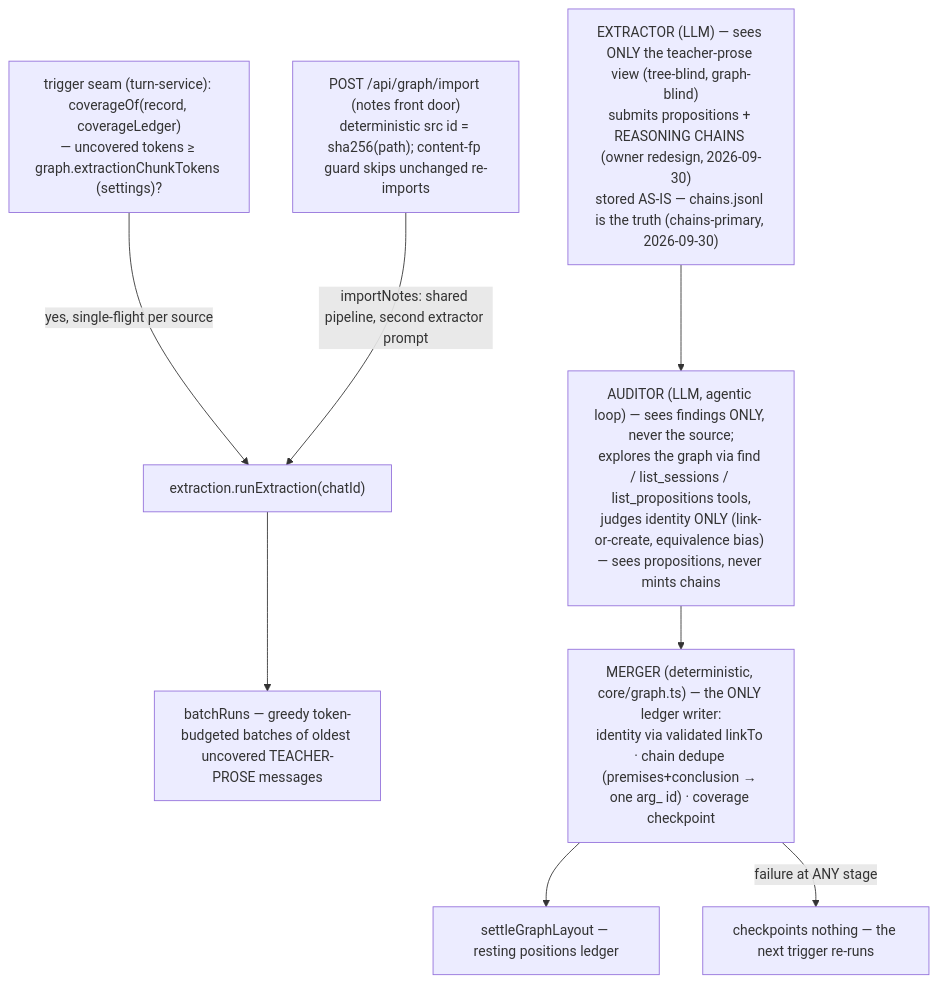
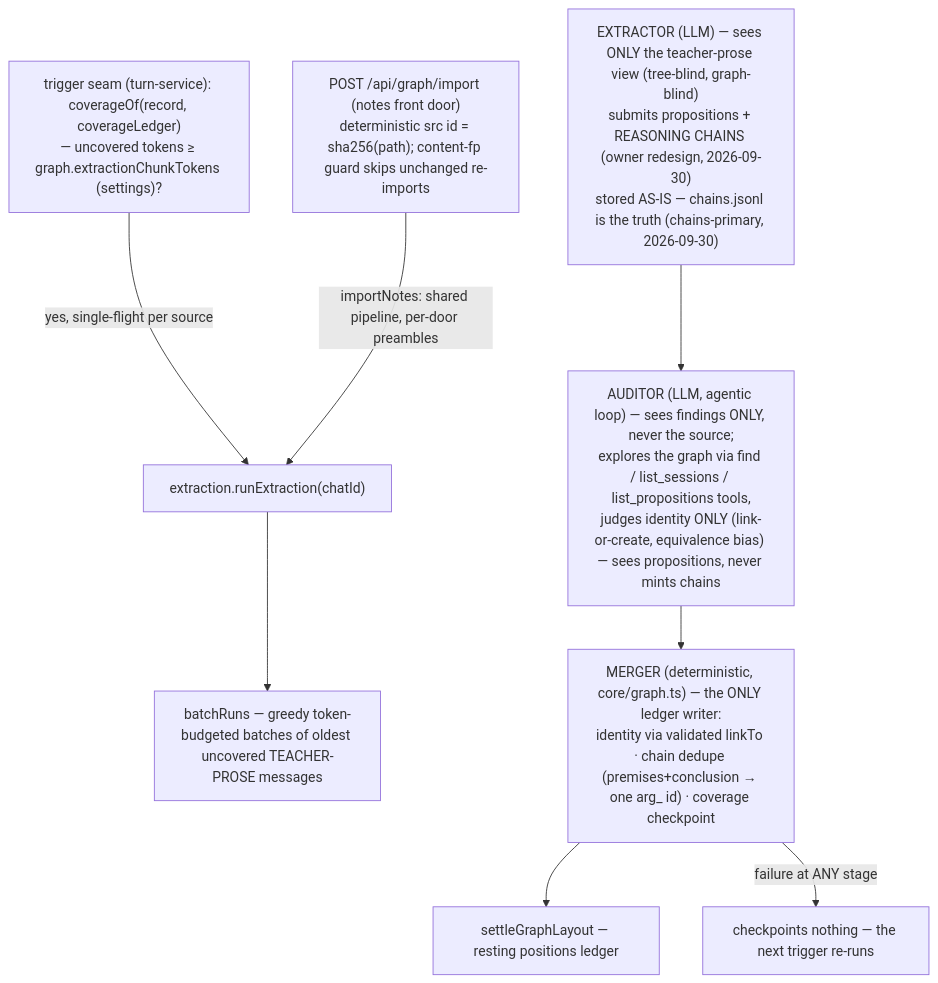
One commit to 0xCUB3/learnharness changed the sixth of 7 diagrams in docs/architecture.md. Above: the diagram before and after it, drawn with Mermaid. The commit also changed other lines of this file and 17 other files, not shown here.

````diff
--- a/docs/architecture.md
+++ b/docs/architecture.md
@@ -339,11 +339,11 @@
 ```mermaid
 flowchart TB
     TRIG["trigger seam (turn-service): coverageOf(record, coverageLedger)<br/>— uncovered tokens ≥ graph.extractionChunkTokens (settings)?"] -->|"yes, single-flight per source"| RUN["extraction.runExtraction(chatId)"]
-    IMPORT["POST /api/graph/import (notes front door)<br/>deterministic src id = sha256(path); content-fp guard skips unchanged re-imports"] -->|"importNotes: shared pipeline, second extractor prompt"| RUN
+    IMPORT["POST /api/graph/import (notes front door)<br/>deterministic src id = sha256(path); content-fp guard skips unchanged re-imports"] -->|"importNotes: shared pipeline, per-door preambles"| RUN
     RUN --> BATCH["batchRuns — greedy token-budgeted batches of oldest uncovered TEACHER-PROSE messages"]
     EXT["EXTRACTOR (LLM) — sees ONLY the teacher-prose view (tree-blind, graph-blind)<br/>submits propositions + REASONING CHAINS (owner redesign, 2026-09-30)<br/>stored AS-IS — chains.jsonl is the truth (chains-primary, 2026-09-30)"]
     EXT --> AUD["AUDITOR (LLM, agentic loop) — sees findings ONLY, never the source;<br/>explores the graph via find / list_sessions / list_propositions tools,<br/>judges identity ONLY (link-or-create, equivalence bias) — sees propositions, never mints chains"]
     AUD --> MERGE["MERGER (deterministic, core/graph.ts) — the ONLY ledger writer:<br/>identity via validated linkTo · chain dedupe (premises+conclusion → one arg_ id) · coverage checkpoint"]
     MERGE --> SETTLE["settleGraphLayout — resting positions ledger"]
     MERGE -->|"failure at ANY stage"| NOTHING["checkpoints nothing — the next trigger re-runs"]
 ```
````
